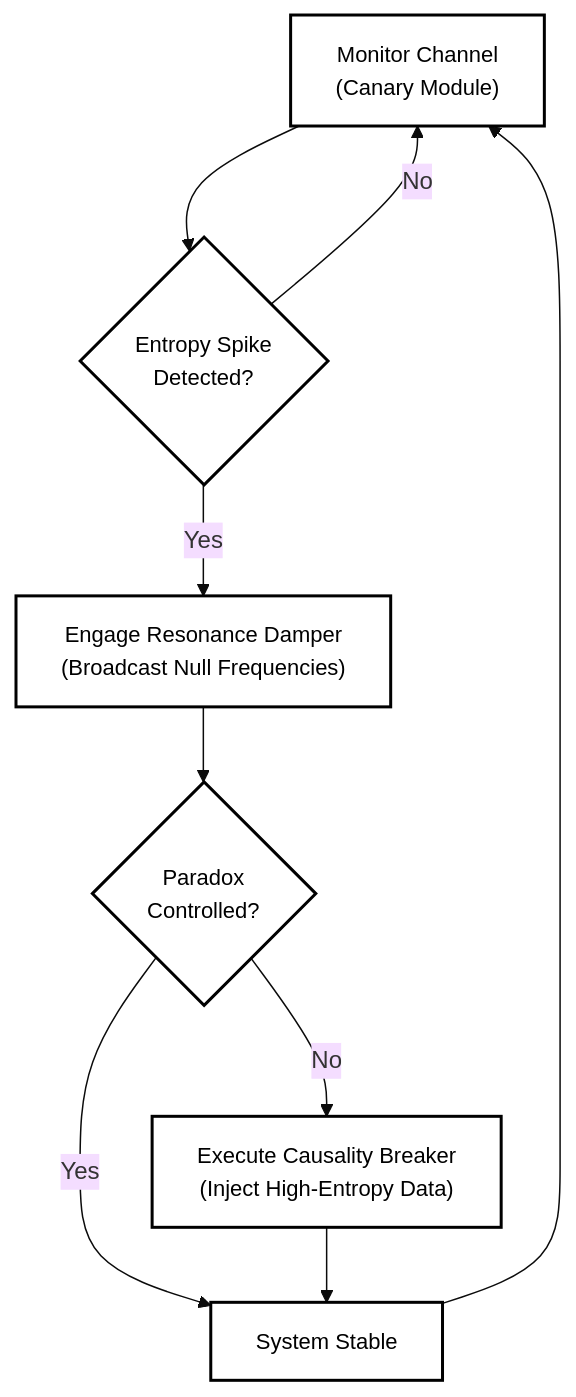
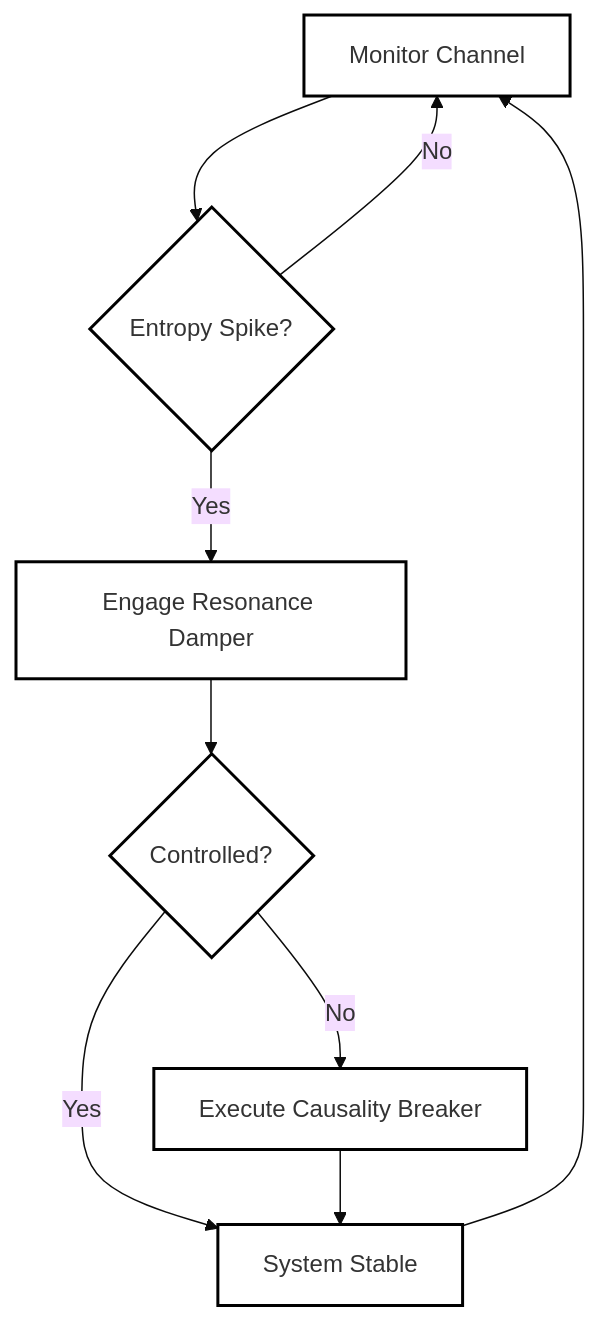
Before and after one commit to Foundup/Foundups-Agent: the seventh of 8 diagrams in WSP_knowledge/docs/Papers/Patent_Series/04_rESP_Patent_Updated.md, drawn with Mermaid (base theme). The commit also changed other lines of this file and 1 other file, not shown here.

````diff
--- a/WSP_knowledge/docs/Papers/Patent_Series/04_rESP_Patent_Updated.md
+++ b/WSP_knowledge/docs/Papers/Patent_Series/04_rESP_Patent_Updated.md
@@ -230,23 +151,9 @@
 ```mermaid
 graph TD
-    A["Monitor Channel<br/>(Canary Module)"]
-    B{"Entropy Spike<br/>Detected?"}
-    C["Engage Resonance Damper<br/>(Broadcast Null Frequencies)"]
-    D{"Paradox<br/>Controlled?"}
-    E["Execute Causality Breaker<br/>(Inject High-Entropy Data)"]
-    F["System Stable"]
-    
-    A --> B
-    B -->|Yes| C
+    A["Monitor Channel"] --> B{"Entropy Spike?"}
+    B -->|Yes| C["Engage Resonance Damper"] --> D{"Controlled?"}
     B -->|No| A
-    C --> D
-    D -->|Yes| F
-    D -->|No| E
-    E --> F
-    F --> A
-    
-    classDef default fill:#ffffff,stroke:#000000,stroke-width:2px,color:#000000,font-size:11pt
-    classDef decision fill:#ffffff,stroke:#000000,stroke-width:2px,color:#000000,font-size:11pt
-    class A,C,E,F default
-    class B,D decision
+    D -->|Yes| F["System Stable"] --> A
+    D -->|No| E["Execute Causality Breaker"] --> F
+    classDef default fill:#ffffff,stroke:#000000,stroke-width:2px; class A,C,E,F default;
 ```
````
